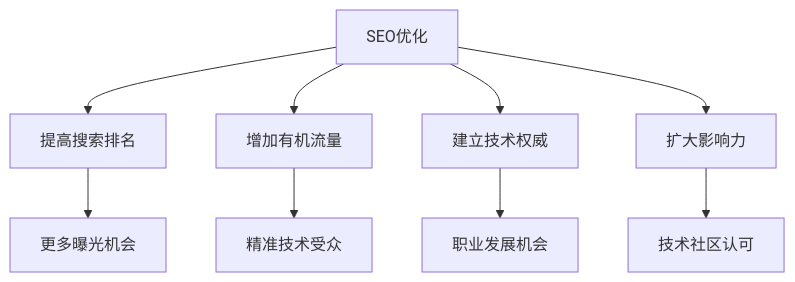
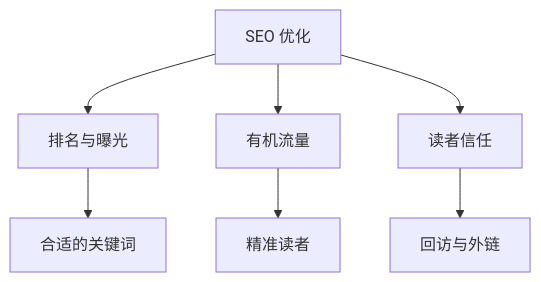
The first of 3 diagrams in docs/_posts/seo-complete-guide-for-tech-blogs.md (zhaofutao04/zblog), drawn with Mermaid before and after one commit. The commit also changed other lines of this file and 4 other files, not shown here.

````diff
--- a/docs/_posts/seo-complete-guide-for-tech-blogs.md
+++ b/docs/_posts/seo-complete-guide-for-tech-blogs.md
@@ -74,12 +74,10 @@
 ```mermaid
 graph TB
-    A[SEO优化] --> B[提高搜索排名]
-    A --> C[增加有机流量]
-    A --> D[建立技术权威]
-    A --> E[扩大影响力]
+    A[SEO 优化] --> B[排名与曝光]
+    A --> C[有机流量]
+    A --> D[读者信任]
 
-    B --> F[更多曝光机会]
-    C --> G[精准技术受众]
-    D --> H[职业发展机会]
-    E --> I[技术社区认可]
+    B --> F[合适的关键词]
+    C --> G[精准读者]
+    D --> H[回访与外链]
 ```
````
